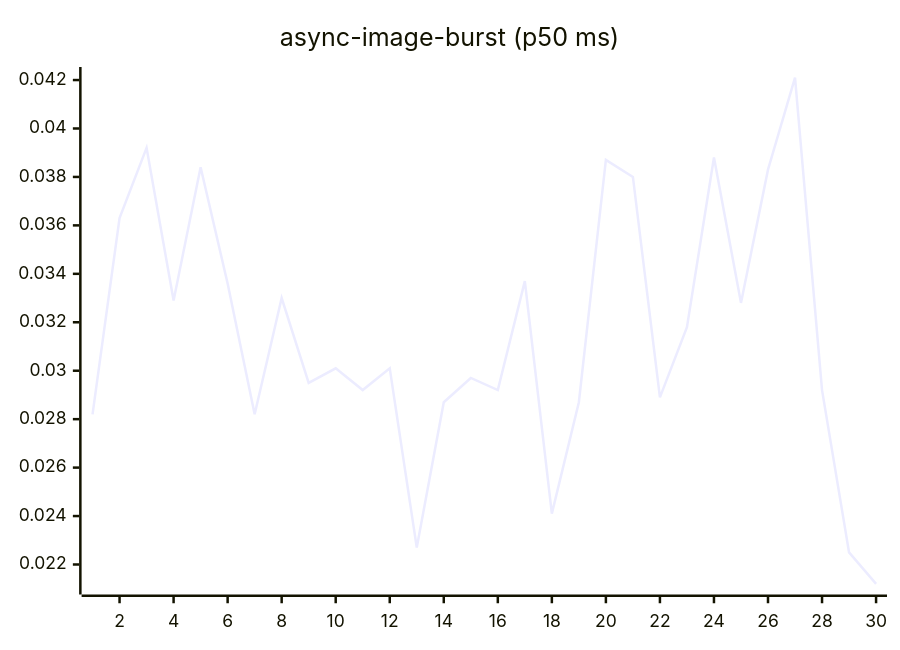
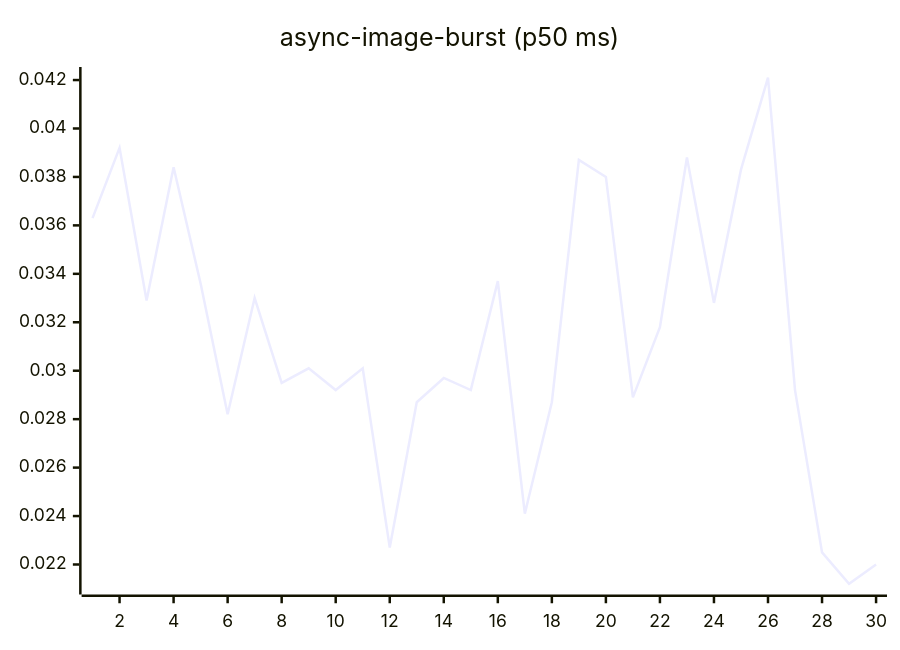
One commit to josha/Facet changed the fourth of 27 diagrams in README.md. Above: the diagram before and after it, drawn with Mermaid. The commit also changed other lines of this file and 2 other files, not shown here.

````diff
--- a/README.md
+++ b/README.md
@@ -84,6 +84,6 @@
 ```mermaid
 xychart-beta
     title "async-image-burst (p50 ms)"
     x-axis 1 --> 30
-    line [0.0282, 0.0363, 0.0392, 0.0329, 0.0384, 0.0336, 0.0282, 0.0330, 0.0295, 0.0301, 0.0292, 0.0301, 0.0227, 0.0287, 0.0297, 0.0292, 0.0337, 0.0241, 0.0287, 0.0387, 0.0380, 0.0289, 0.0318, 0.0388, 0.0328, 0.0383, 0.0421, 0.0292, 0.0225, 0.0212]
+    line [0.0363, 0.0392, 0.0329, 0.0384, 0.0336, 0.0282, 0.0330, 0.0295, 0.0301, 0.0292, 0.0301, 0.0227, 0.0287, 0.0297, 0.0292, 0.0337, 0.0241, 0.0287, 0.0387, 0.0380, 0.0289, 0.0318, 0.0388, 0.0328, 0.0383, 0.0421, 0.0292, 0.0225, 0.0212, 0.0220]
 ```
````
